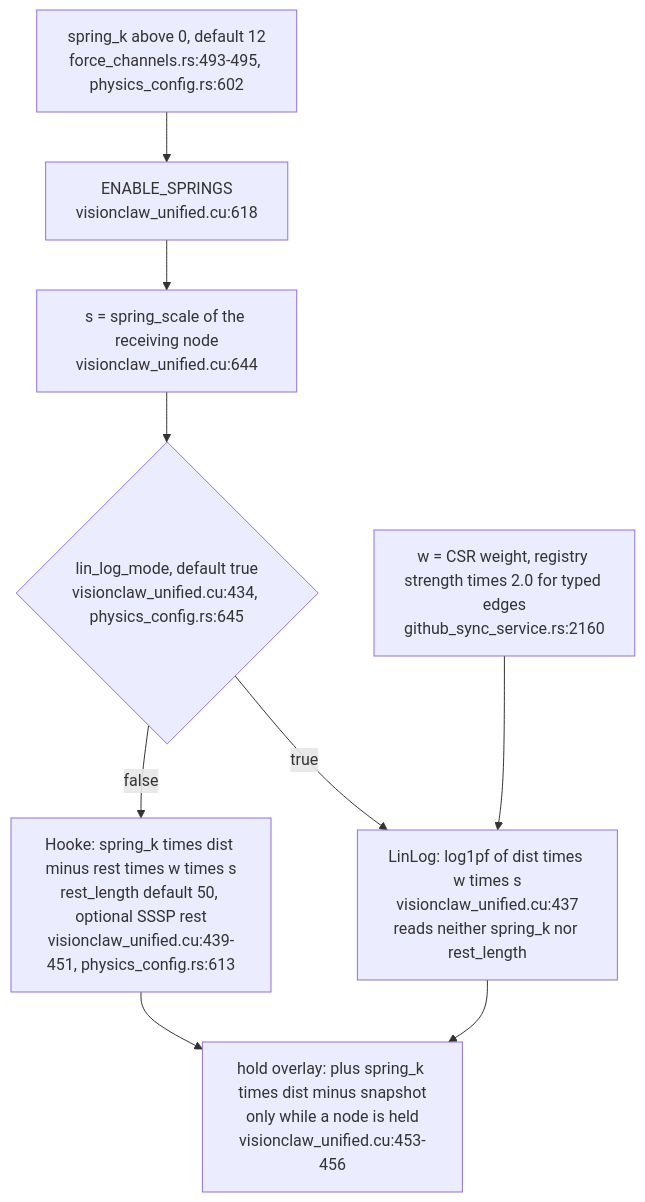
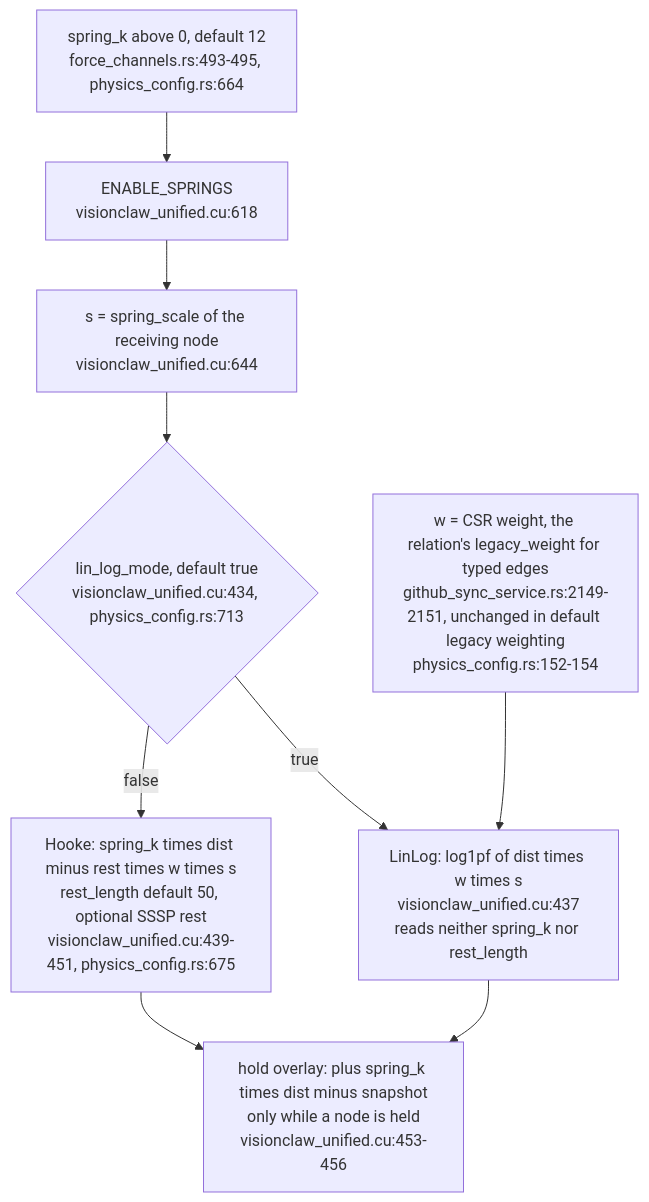
Before and after one commit to DreamLab-AI/VisionFlow: the third of 5 diagrams in docs/diagrams/visionclaw/59-force-terms-and-where-configured.md, drawn with Mermaid. The commit also changed other lines of this file and 2 other files, not shown here.

First line of the commit message:
diagrams(visionclaw): re-verify VC-59, VC-60, VC-61 at visionclaw 4900ec60b

````diff
--- a/docs/diagrams/visionclaw/59-force-terms-and-where-configured.md
+++ b/docs/diagrams/visionclaw/59-force-terms-and-where-configured.md
@@ -79,11 +81,11 @@
 ```mermaid
 flowchart TB
-    SPK["spring_k above 0, default 12<br/>force_channels.rs:493-495, physics_config.rs:602"] --> SFLAG["ENABLE_SPRINGS<br/>visionclaw_unified.cu:618"]
+    SPK["spring_k above 0, default 12<br/>force_channels.rs:493-495, physics_config.rs:664"] --> SFLAG["ENABLE_SPRINGS<br/>visionclaw_unified.cu:618"]
     SFLAG --> SCALE["s = spring_scale of the receiving node<br/>visionclaw_unified.cu:644"]
-    SCALE --> MODE{"lin_log_mode, default true<br/>visionclaw_unified.cu:434, physics_config.rs:645"}
+    SCALE --> MODE{"lin_log_mode, default true<br/>visionclaw_unified.cu:434, physics_config.rs:713"}
     MODE -->|"true"| LL["LinLog: log1pf of dist times w times s<br/>visionclaw_unified.cu:437<br/>reads neither spring_k nor rest_length"]
-    MODE -->|"false"| HK["Hooke: spring_k times dist minus rest times w times s<br/>rest_length default 50, optional SSSP rest<br/>visionclaw_unified.cu:439-451, physics_config.rs:613"]
+    MODE -->|"false"| HK["Hooke: spring_k times dist minus rest times w times s<br/>rest_length default 50, optional SSSP rest<br/>visionclaw_unified.cu:439-451, physics_config.rs:675"]
     LL --> HOLD["hold overlay: plus spring_k times dist minus snapshot<br/>only while a node is held<br/>visionclaw_unified.cu:453-456"]
     HK --> HOLD
-    W["w = CSR weight, registry strength times 2.0 for typed edges<br/>github_sync_service.rs:2160"] --> LL
+    W["w = CSR weight, the relation's legacy_weight for typed edges<br/>github_sync_service.rs:2149-2151, unchanged in default legacy weighting<br/>physics_config.rs:152-154"] --> LL
 ```
````
